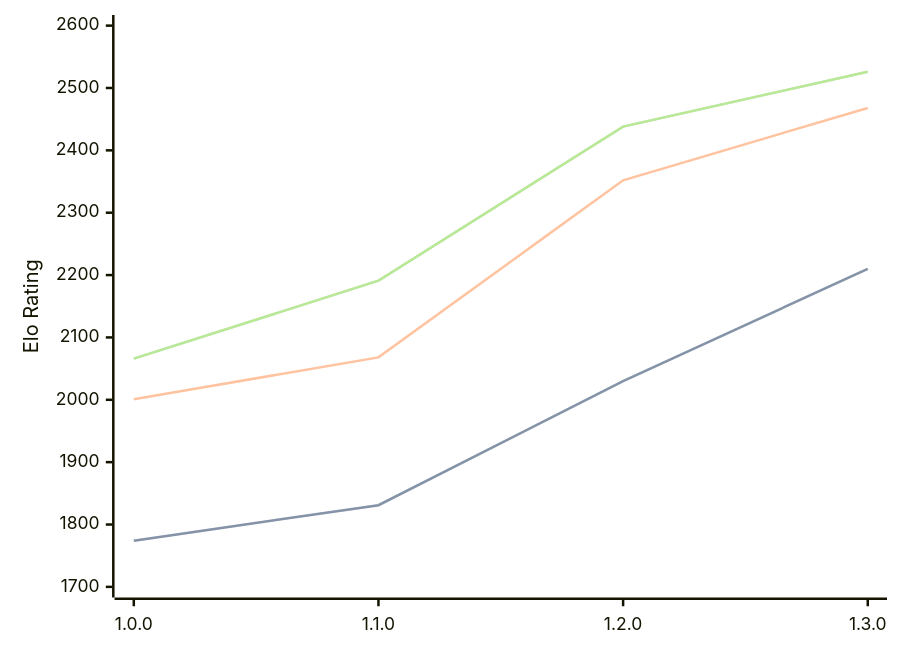
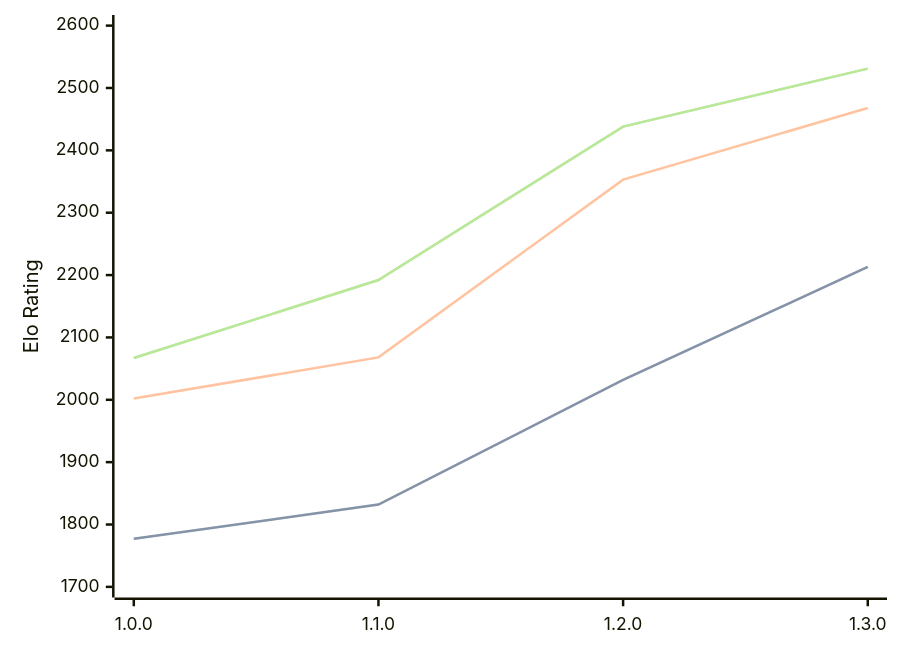
Before and after one commit to computer-chess-index/cci: the diagram in engines/Anodos.md, drawn with Mermaid. The commit also changed other lines of this file, not shown here.

Commit message:
Update CCI Ratings (ELO VLTC) - 2026-03-14

````diff
--- a/engines/Anodos.md
+++ b/engines/Anodos.md
@@ -43,11 +43,11 @@
 ```mermaid
 %%{init: {"theme":"base","themeVariables":{"seriesColors:['#a3a3a3','#222221','#faa371']}}}%%
 xychart-beta
   x-axis ["1.0.0", "1.1.0", "1.2.0", "1.3.0"]
   y-axis "Elo Rating" 1700 --> 2600
-  line "STC (8.0+0.08s)" [1774, 1831, 2030, 2210]
-  line "STC (8.0+0.08s)" [1774, 1831, 2030, 2210]
-  line "LTC (60.0+0.60s)" [2001, 2068, 2352, 2468]
-  line "VLTC (2m24s+1.12s)" [2066, 2191, 2438, 2526]
-  line "VLTC (2m24s+1.12s)" [2066, 2191, 2438, 2526]
+  line "STC (8.0+0.08s)" [1777, 1832, 2032, 2213]
+  line "STC (8.0+0.08s)" [1777, 1832, 2032, 2213]
+  line "LTC (60.0+0.60s)" [2002, 2068, 2353, 2468]
+  line "VLTC (2m24s+1.12s)" [2067, 2192, 2438, 2531]
+  line "VLTC (2m24s+1.12s)" [2067, 2192, 2438, 2531]
 ```
````
